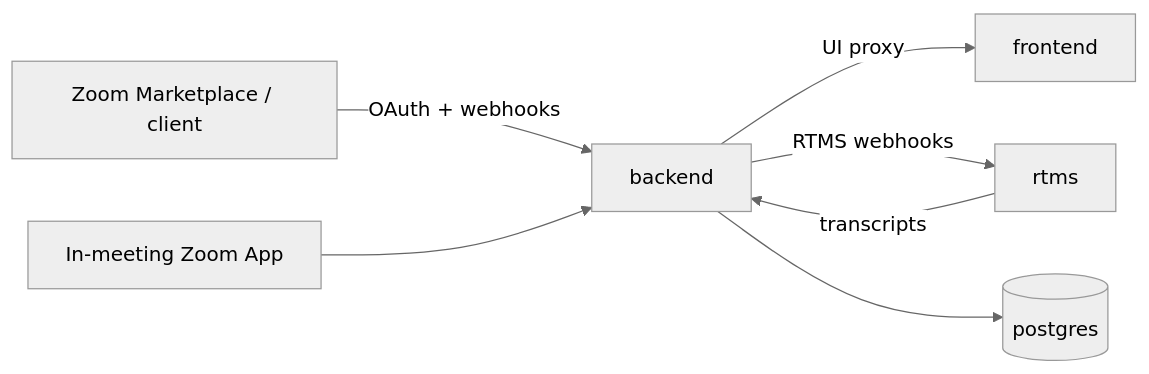
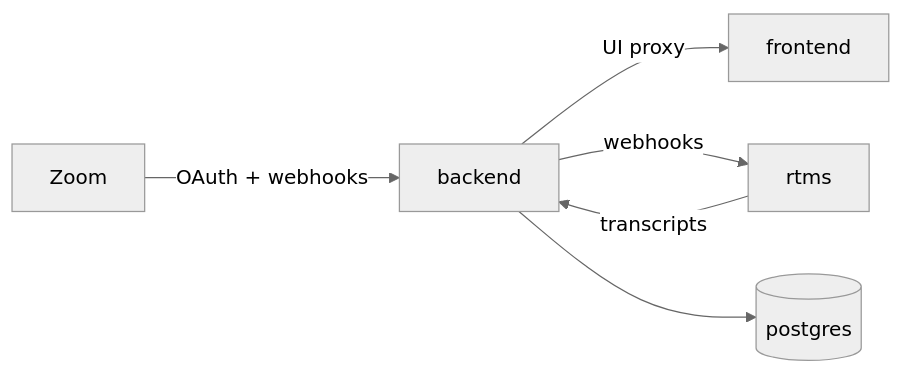
Before and after one commit to render-examples/arlo-render-template: the diagram in README.md, drawn with Mermaid (neutral theme). The commit also changed other lines of this file, not shown here.

````diff
--- a/README.md
+++ b/README.md
@@ -44,9 +40,8 @@
 ```mermaid
 flowchart LR
-  zoom["Zoom Marketplace / client"] -->|OAuth + webhooks| backend["backend"]
-  meeting["In-meeting Zoom App"] --> backend
+  zoom["Zoom"] -->|OAuth + webhooks| backend["backend"]
   backend -->|UI proxy| frontend["frontend"]
-  backend -->|RTMS webhooks| rtms["rtms"]
+  backend -->|webhooks| rtms["rtms"]
   rtms -->|transcripts| backend
   backend --> db[("postgres")]
 ```
````
